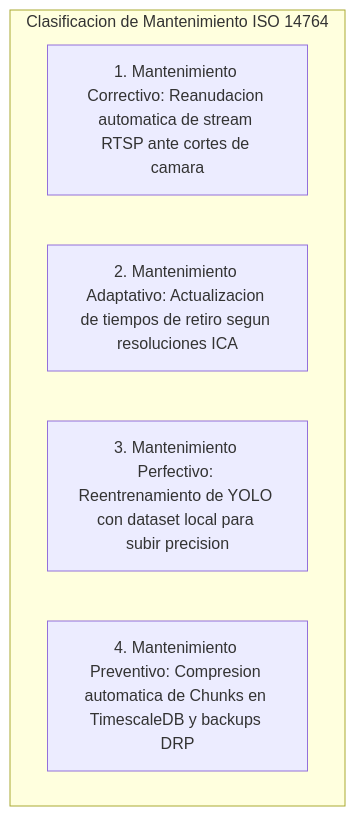
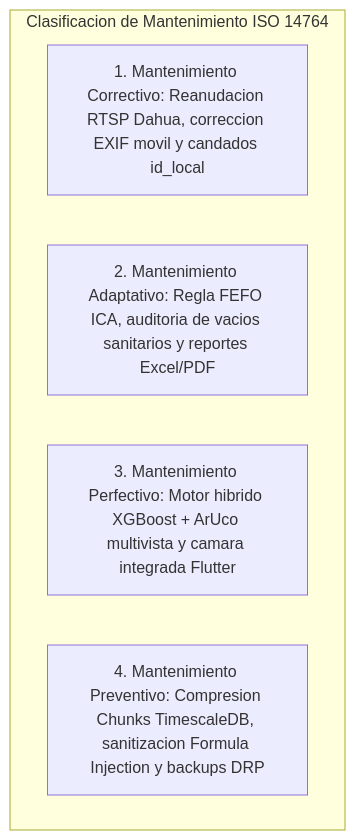
The eighth of 8 diagrams in MANUAL_DISENO_TECNICO.md (DevAvirama/CODIGO_FUENTE_PORCITECH), drawn with Mermaid before and after one commit. The commit also changed other lines of this file and 1 other file, not shown here.

Commit message:
docs: actualizar manual tecnico y manual de usuario a v4.1.0 segun cambios recientes

````diff
--- a/MANUAL_DISENO_TECNICO.md
+++ b/MANUAL_DISENO_TECNICO.md
@@ -884,9 +789,9 @@
 ```mermaid
 flowchart TD
     subgraph MANTENIMIENTO ["Clasificacion de Mantenimiento ISO 14764"]
-        M1["1. Mantenimiento Correctivo: Reanudacion automatica de stream RTSP ante cortes de camara"]
-        M2["2. Mantenimiento Adaptativo: Actualizacion de tiempos de retiro segun resoluciones ICA"]
-        M3["3. Mantenimiento Perfectivo: Reentrenamiento de YOLO con dataset local para subir precision"]
-        M4["4. Mantenimiento Preventivo: Compresion automatica de Chunks en TimescaleDB y backups DRP"]
+        M1["1. Mantenimiento Correctivo: Reanudacion RTSP Dahua, correccion EXIF movil y candados id_local"]
+        M2["2. Mantenimiento Adaptativo: Regla FEFO ICA, auditoria de vacios sanitarios y reportes Excel/PDF"]
+        M3["3. Mantenimiento Perfectivo: Motor hibrido XGBoost + ArUco multivista y camara integrada Flutter"]
+        M4["4. Mantenimiento Preventivo: Compresion Chunks TimescaleDB, sanitizacion Formula Injection y backups DRP"]
     end
 ```
````
